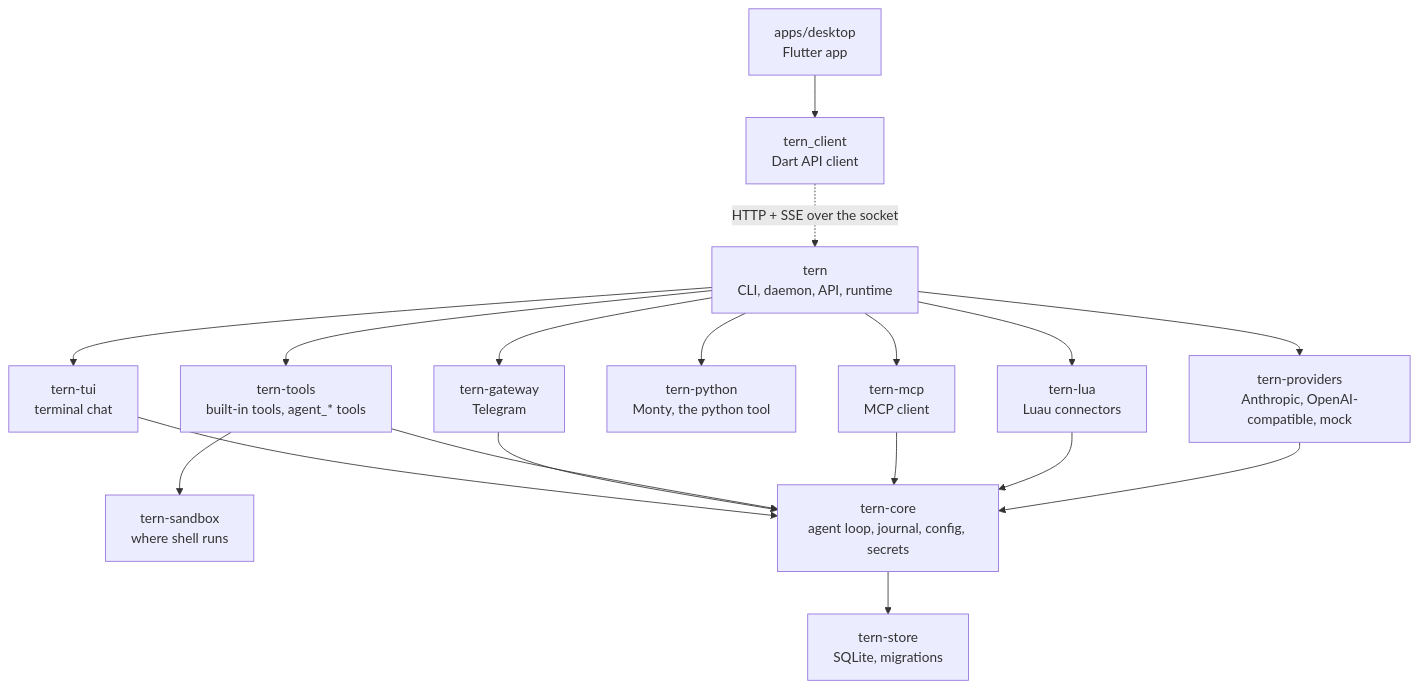
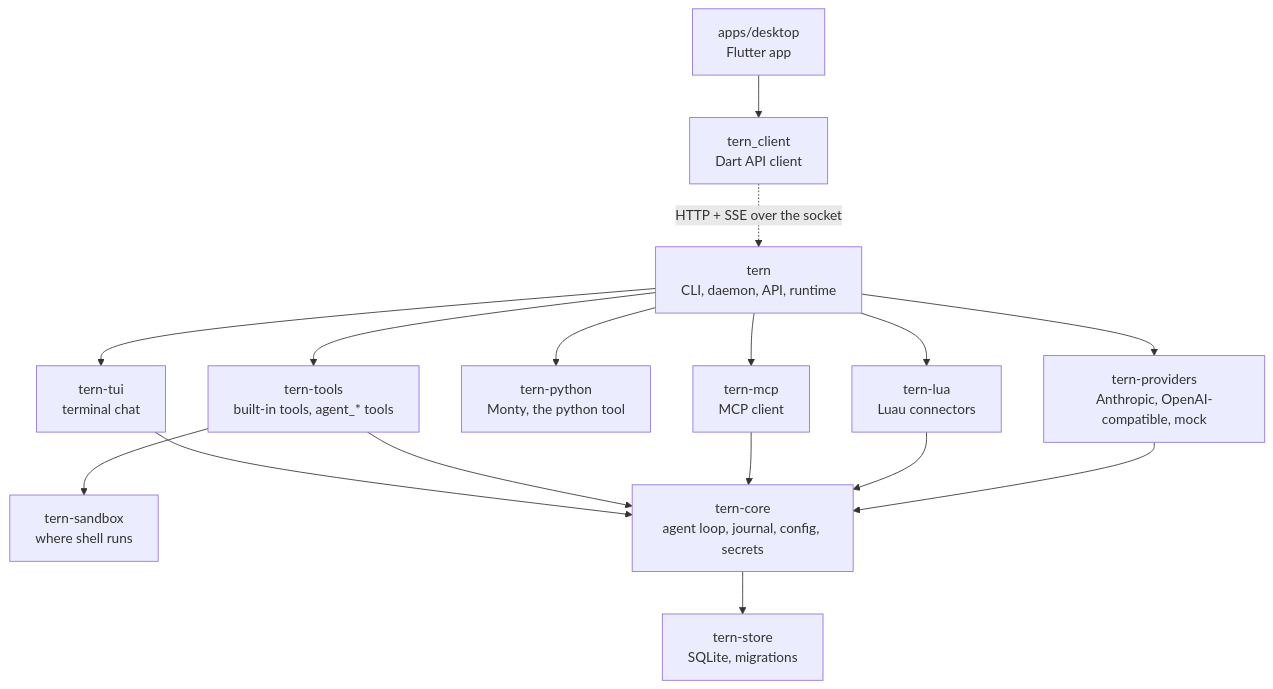
One commit to mitchellalderson/tern-agent changed the fifth of 5 diagrams in README.md. Above: the diagram before and after it, drawn with Mermaid. The commit also changed other lines of this file and 112 other files, not shown here.

````diff
--- a/README.md
+++ b/README.md
@@ -229,22 +225,21 @@
 ```mermaid
 flowchart TB
     tern["tern<br/>CLI, daemon, API, runtime"]
     tui["tern-tui<br/>terminal chat"]
-    gateway["tern-gateway<br/>Telegram"]
     tools["tern-tools<br/>built-in tools, agent_* tools"]
     python["tern-python<br/>Monty, the python tool"]
     mcp["tern-mcp<br/>MCP client"]
     lua["tern-lua<br/>Luau connectors"]
     providers["tern-providers<br/>Anthropic, OpenAI-compatible, mock"]
     sandbox["tern-sandbox<br/>where shell runs"]
     core["tern-core<br/>agent loop, journal, config, secrets"]
     store["tern-store<br/>SQLite, migrations"]
 
-    tern --> tui & gateway & tools & mcp & lua & providers & python
-    tui & gateway & tools & mcp & lua & providers --> core
+    tern --> tui & tools & mcp & lua & providers & python
+    tui & tools & mcp & lua & providers --> core
     tools --> sandbox
     core --> store
 
     dart["apps/desktop<br/>Flutter app"] --> client["tern_client<br/>Dart API client"]
     client -. "HTTP + SSE over the socket" .-> tern
 ```
````
